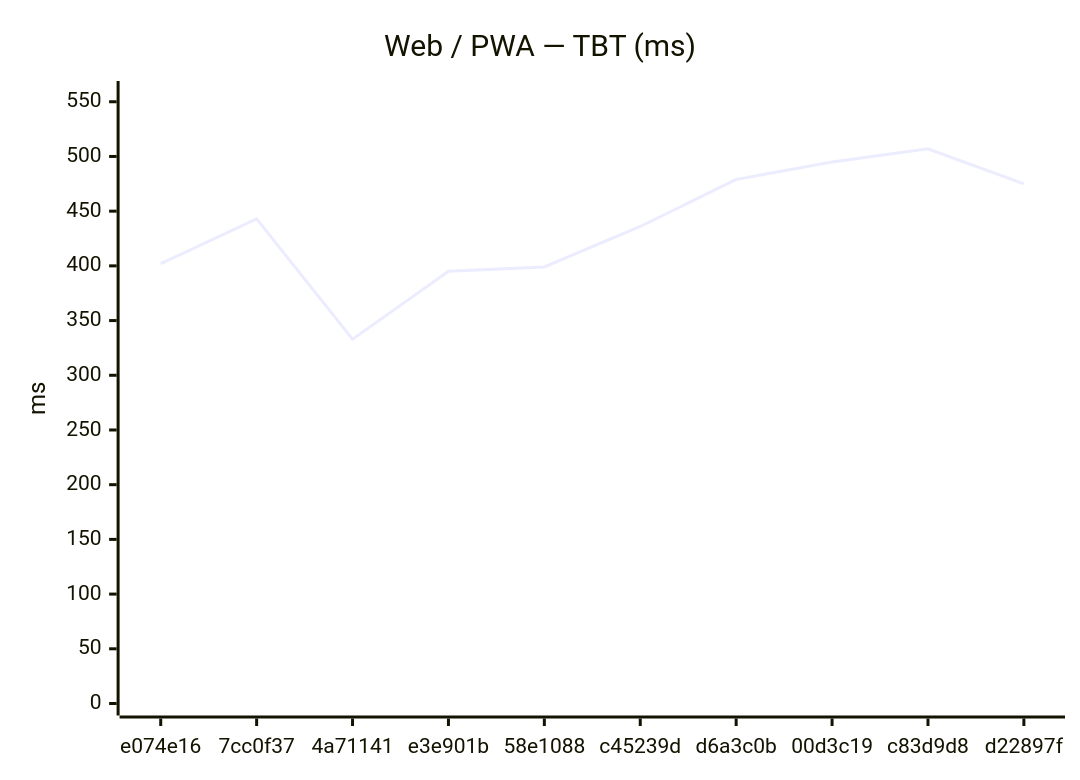
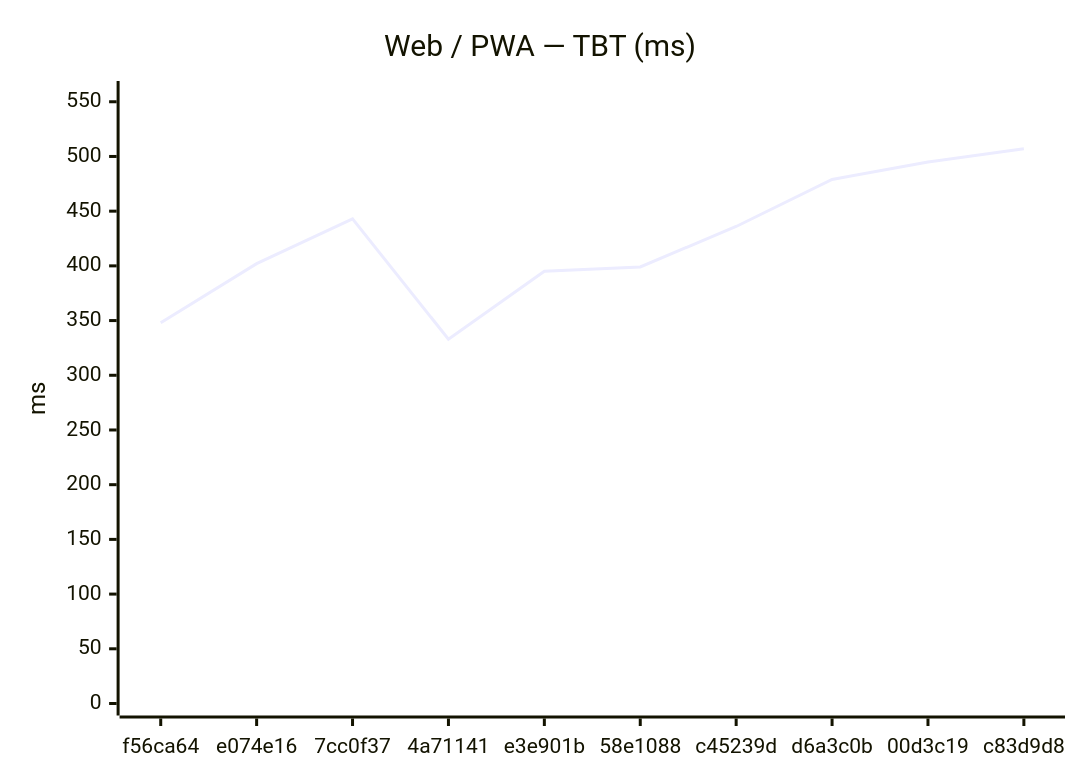
The second of 18 diagrams in benchmarks/compare.md (Metaheurist/Rianell), drawn with Mermaid before and after one commit. The commit also changed other lines of this file and 11 other files, not shown here.

````diff
--- a/benchmarks/compare.md
+++ b/benchmarks/compare.md
@@ -31,7 +31,7 @@
 ```mermaid
 xychart-beta
     title "Web / PWA — TBT (ms)"
-    x-axis ["e074e16", "7cc0f37", "4a71141", "e3e901b", "58e1088", "c45239d", "d6a3c0b", "00d3c19", "c83d9d8", "d22897f"]
+    x-axis ["f56ca64", "e074e16", "7cc0f37", "4a71141", "e3e901b", "58e1088", "c45239d", "d6a3c0b", "00d3c19", "c83d9d8"]
     y-axis "ms" 0 --> 558
-    line [402, 443, 333, 395, 399, 436, 479, 495, 507, 475]
+    line [348, 402, 443, 333, 395, 399, 436, 479, 495, 507]
 ```
````
